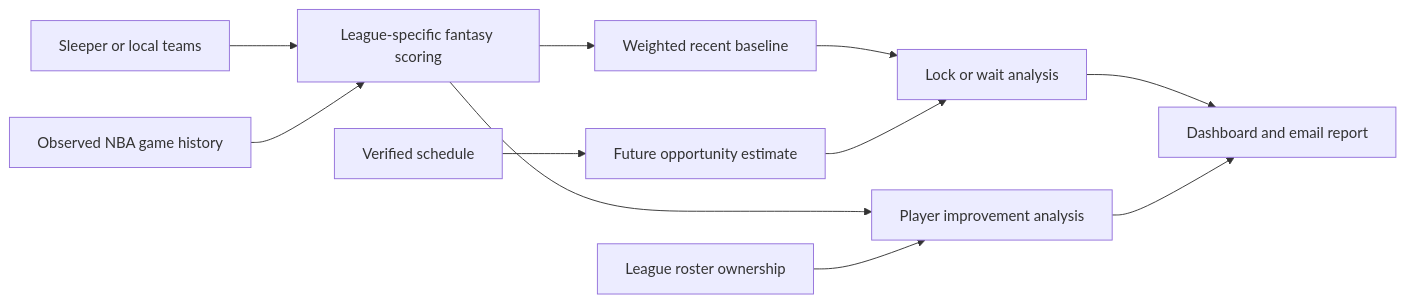
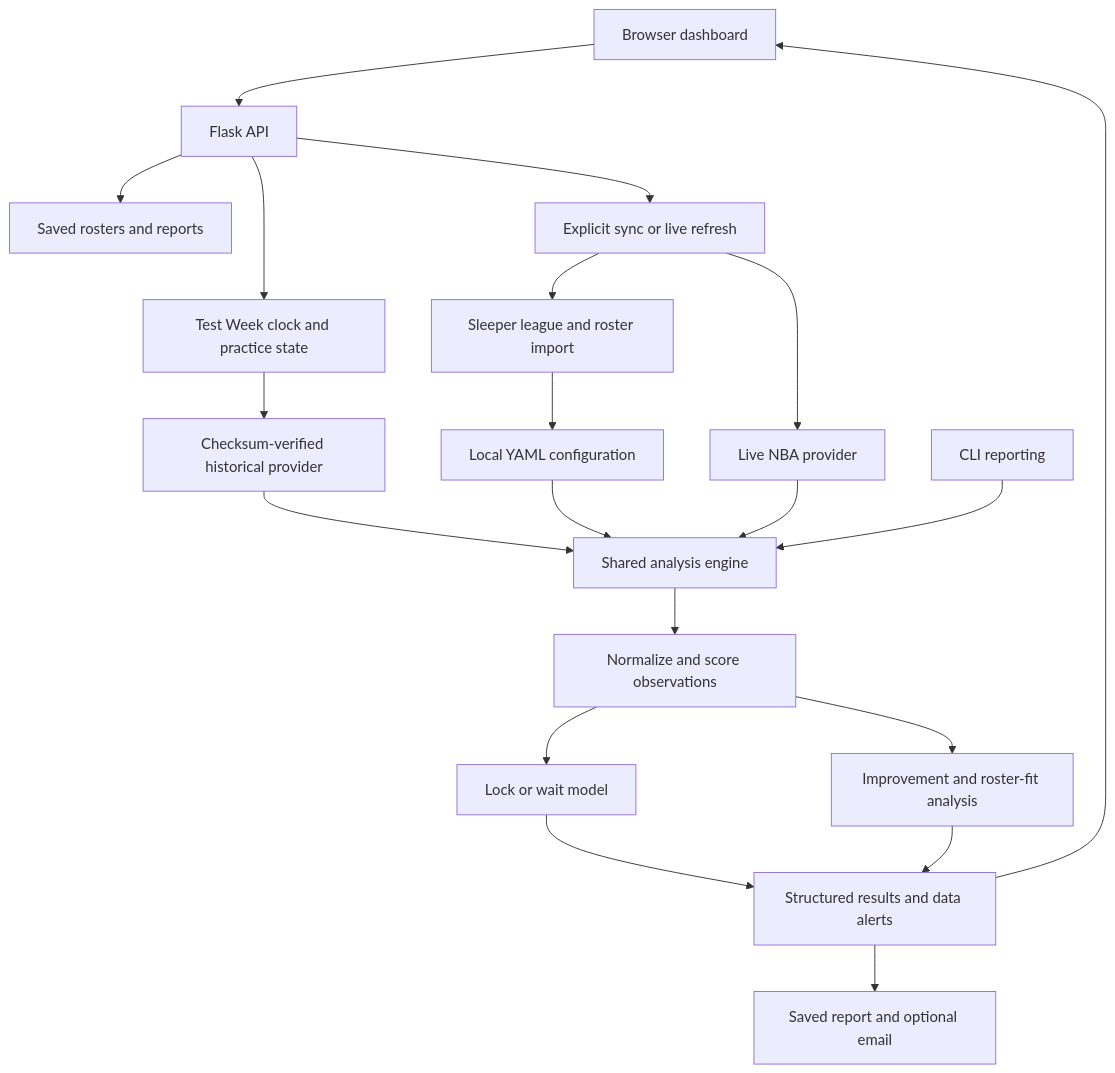
Before and after one commit to mkodithuwakku/LockInModel: the diagram in README.md, drawn with Mermaid. The commit also changed other lines of this file and 10 other files, not shown here.

````diff
--- a/README.md
+++ b/README.md
@@ -44,13 +55,22 @@
 ```mermaid
-flowchart LR
-    A[Sleeper or local teams] --> D[League-specific fantasy scoring]
-    B[Observed NBA game history] --> D
-    D --> E[Weighted recent baseline]
-    C[Verified schedule] --> F[Future opportunity estimate]
-    E --> G[Lock or wait analysis]
-    F --> G
-    D --> H[Player improvement analysis]
-    I[League roster ownership] --> H
-    G --> J[Dashboard and email report]
-    H --> J
+flowchart TD
+    UI[Browser dashboard] --> API[Flask API]
+    API --> Saved[Saved rosters and reports]
+    API --> Practice[Test Week clock and practice state]
+    API --> Jobs[Explicit sync or live refresh]
+    Jobs --> Sleeper[Sleeper league and roster import]
+    Sleeper --> Config[Local YAML configuration]
+    Jobs --> Live[Live NBA provider]
+    Practice --> Fixture[Checksum-verified historical provider]
+    Live --> Engine[Shared analysis engine]
+    Fixture --> Engine
+    Config --> Engine
+    Engine --> Score[Normalize and score observations]
+    Score --> Lock[Lock or wait model]
+    Score --> Pickups[Improvement and roster-fit analysis]
+    Lock --> Report[Structured results and data alerts]
+    Pickups --> Report
+    Report --> UI
+    CLI[CLI reporting] --> Engine
+    Report --> Disk[Saved report and optional email]
 ```
````
